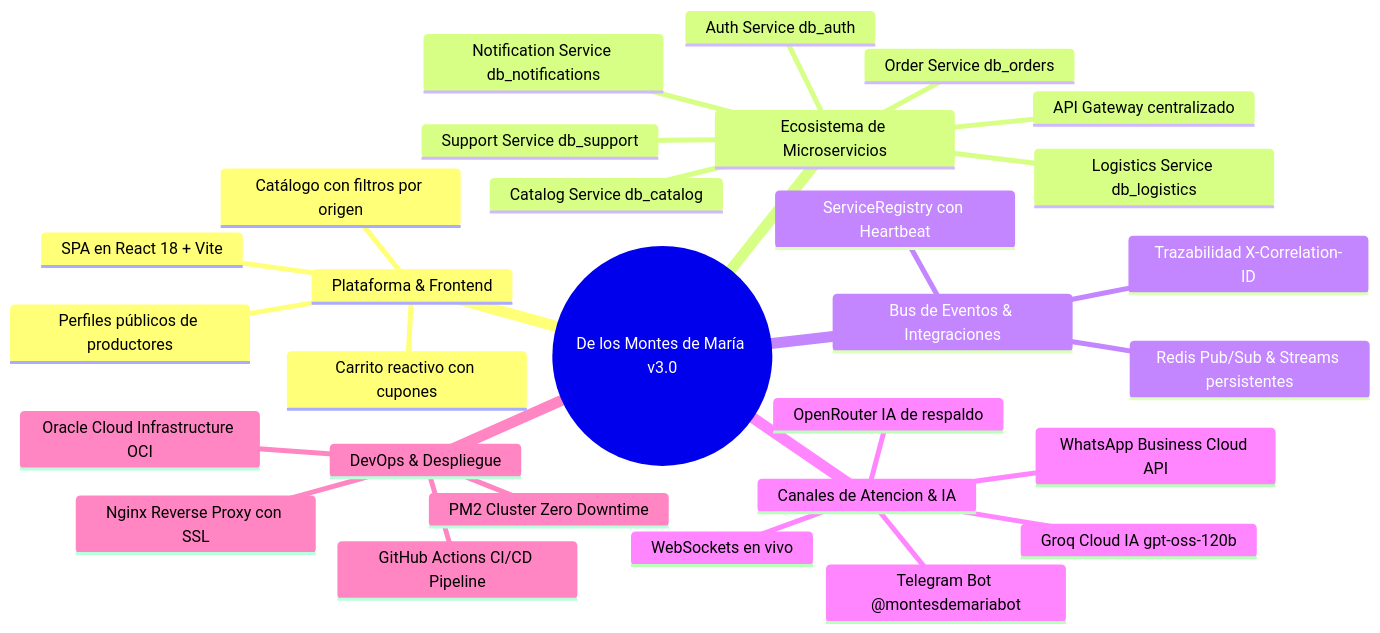
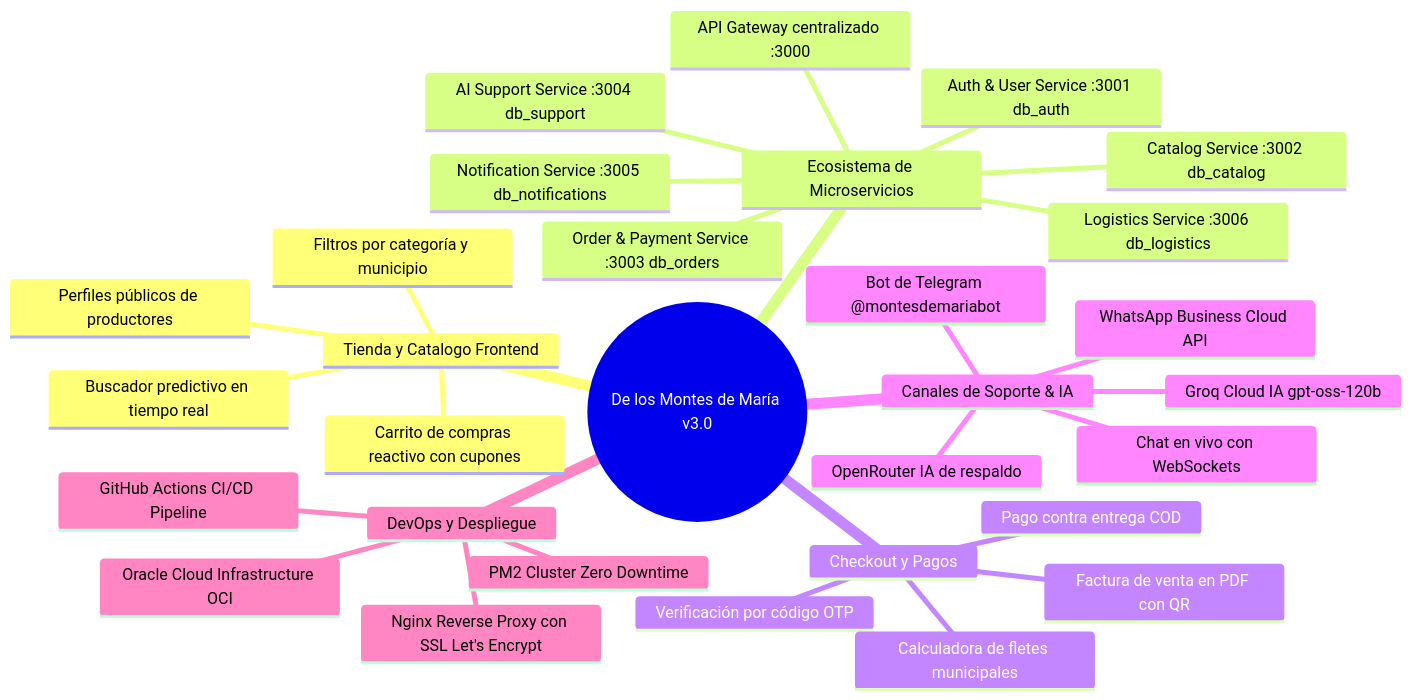
Before and after one commit to Danx016/delosmontesdemaria: the first of 7 diagrams in DOCUMENTACION_OFICIAL_PROYECTO.md, drawn with Mermaid. The commit also changed other lines of this file, not shown here.

Commit message:
docs: restaurar y expandir documentacion oficial exhaustiva v3.0.0 Enterprise completa con todas las secciones, diagramas y tablas

````diff
--- a/DOCUMENTACION_OFICIAL_PROYECTO.md
+++ b/DOCUMENTACION_OFICIAL_PROYECTO.md
@@ -99,32 +101,33 @@
 ```mermaid
 mindmap
   root((De los Montes de María v3.0))
-    Plataforma & Frontend
-      SPA en React 18 + Vite
-      Catálogo con filtros por origen
+    Tienda y Catalogo Frontend
+      Filtros por categoría y municipio
       Perfiles públicos de productores
-      Carrito reactivo con cupones
+      Buscador predictivo en tiempo real
+      Carrito de compras reactivo con cupones
     Ecosistema de Microservicios
-      API Gateway centralizado
-      Auth Service db_auth
-      Catalog Service db_catalog
-      Order Service db_orders
-      Support Service db_support
-      Notification Service db_notifications
-      Logistics Service db_logistics
-    Bus de Eventos & Integraciones
-      Redis Pub/Sub & Streams persistentes
-      Trazabilidad X-Correlation-ID
-      ServiceRegistry con Heartbeat
-    Canales de Atencion & IA
+      API Gateway centralizado :3000
+      Auth & User Service :3001 db_auth
+      Catalog Service :3002 db_catalog
+      Order & Payment Service :3003 db_orders
+      AI Support Service :3004 db_support
+      Notification Service :3005 db_notifications
+      Logistics Service :3006 db_logistics
+    Checkout y Pagos
+      Pago contra entrega COD
+      Verificación por código OTP
+      Factura de venta en PDF con QR
+      Calculadora de fletes municipales
+    Canales de Soporte & IA
+      Chat en vivo con WebSockets
       Groq Cloud IA gpt-oss-120b
       OpenRouter IA de respaldo
-      Telegram Bot @montesdemariabot
+      Bot de Telegram @montesdemariabot
       WhatsApp Business Cloud API
-      WebSockets en vivo
-    DevOps & Despliegue
+    DevOps y Despliegue
       GitHub Actions CI/CD Pipeline
       Oracle Cloud Infrastructure OCI
       PM2 Cluster Zero Downtime
-      Nginx Reverse Proxy con SSL
+      Nginx Reverse Proxy con SSL Let's Encrypt
 ```
````
